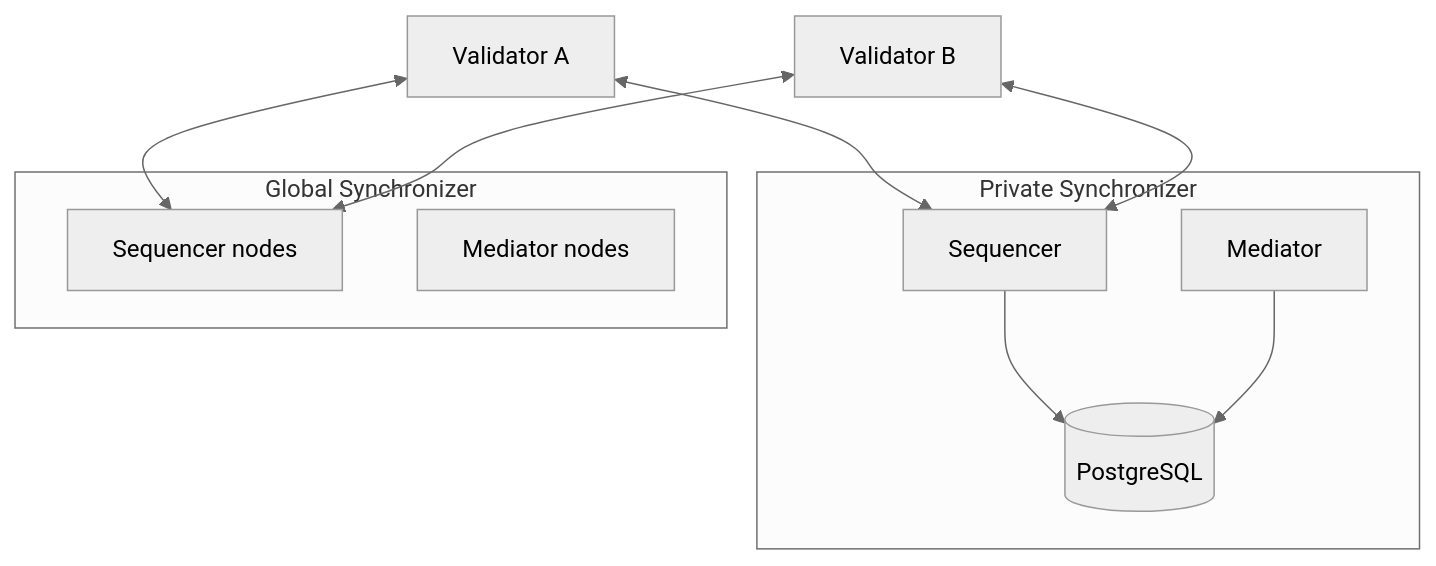
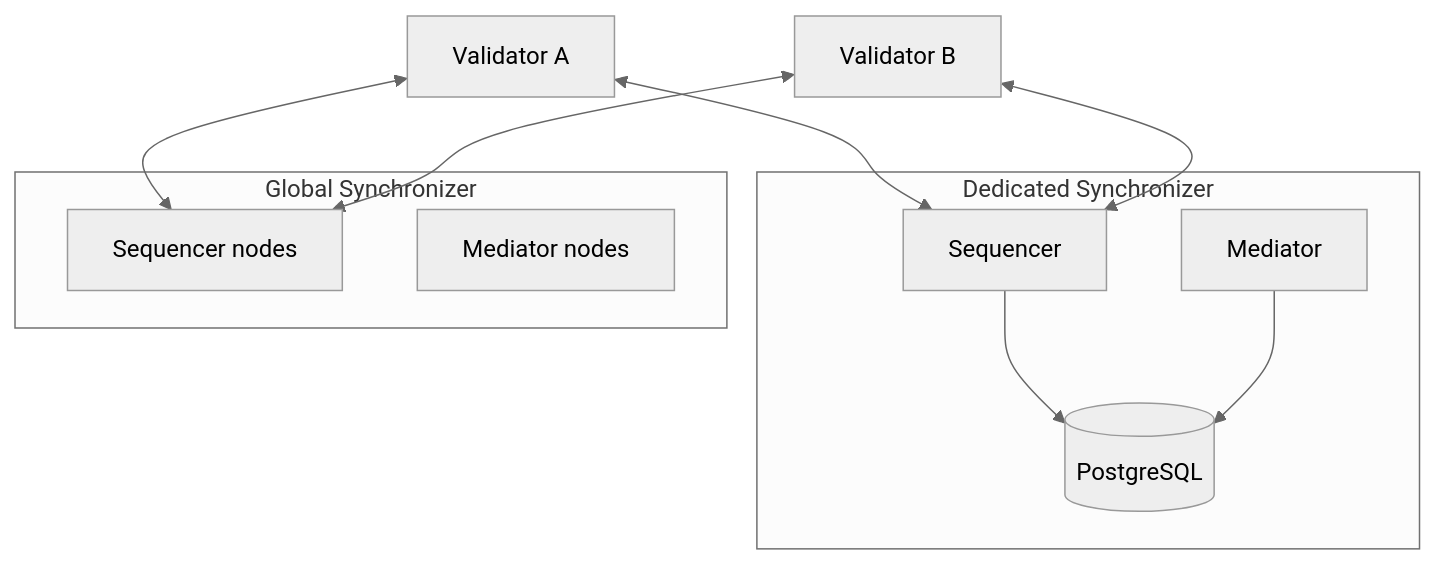
The first of 2 diagrams in docs-main/global-synchronizer/extension-synchronizers/hybrid-synchronizer-pattern.mdx (canton-network/cf-docs), drawn with Mermaid (neutral theme) before and after one commit. The commit also changed other lines of this file and 20 other files, not shown here.

Commit message:
update to reflect dedicated synchronizer terminology

````diff
--- a/docs-main/global-synchronizer/extension-synchronizers/hybrid-synchronizer-pattern.mdx
+++ b/docs-main/global-synchronizer/extension-synchronizers/hybrid-synchronizer-pattern.mdx
@@ -25,21 +25,21 @@
 ```mermaid
 flowchart TB
-    subgraph Private["Private Synchronizer"]
+    subgraph Dedicated["Dedicated Synchronizer"]
         PSEQ[Sequencer]
         PMED[Mediator]
         PDB[(PostgreSQL)]
     end
 
     subgraph GS["Global Synchronizer"]
         GSEQ[Sequencer nodes]
         GMED[Mediator nodes]
     end
 
     VA[Validator A] <--> PSEQ
     VB[Validator B] <--> PSEQ
     VA <--> GSEQ
     VB <--> GSEQ
 
     PSEQ --> PDB
     PMED --> PDB
 ```
````
